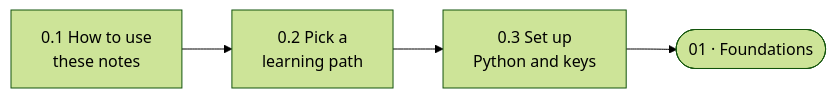
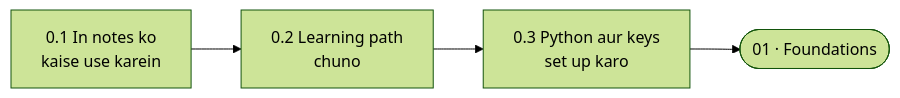
Before and after one commit to asmustechno/agentic-ai-notes: the diagram in docs/00-start-here/README.md, drawn with Mermaid (forest theme). The commit also changed other lines of this file and 135 other files, not shown here.

````diff
--- a/docs/00-start-here/README.md
+++ b/docs/00-start-here/README.md
@@ -25,4 +25,4 @@
 ```mermaid
 flowchart LR
-    A["0.1 How to use<br/>these notes"] --> B["0.2 Pick a<br/>learning path"] --> C["0.3 Set up<br/>Python and keys"] --> D(["01 · Foundations"])
+    A["0.1 In notes ko<br/>kaise use karein"] --> B["0.2 Learning path<br/>chuno"] --> C["0.3 Python aur keys<br/>set up karo"] --> D(["01 · Foundations"])
 ```
````
